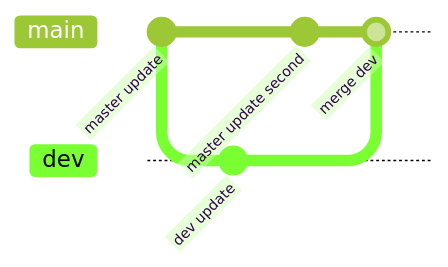
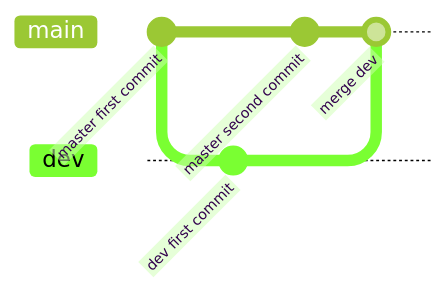
Before and after one commit to dmjcb/dmjcb.github.io: the tenth of 14 diagrams in _posts/software/git/2024-09-24-命令.md, drawn with Mermaid (forest theme). The commit also changed other lines of this file and 165 other files, not shown here.

````diff
--- a/_posts/software/git/2024-09-24-命令.md
+++ b/_posts/software/git/2024-09-24-命令.md
@@ -635,10 +564,10 @@
 ```mermaid
 gitGraph
-    commit id: "master update"
+    commit id: "master first commit"
     branch dev
     switch dev
-    commit id: "dev update"
+    commit id: "dev first commit"
     switch main
-    commit id: "master update second"
+    commit id: "master second commit"
     merge dev id: "merge dev"
 ```
````
